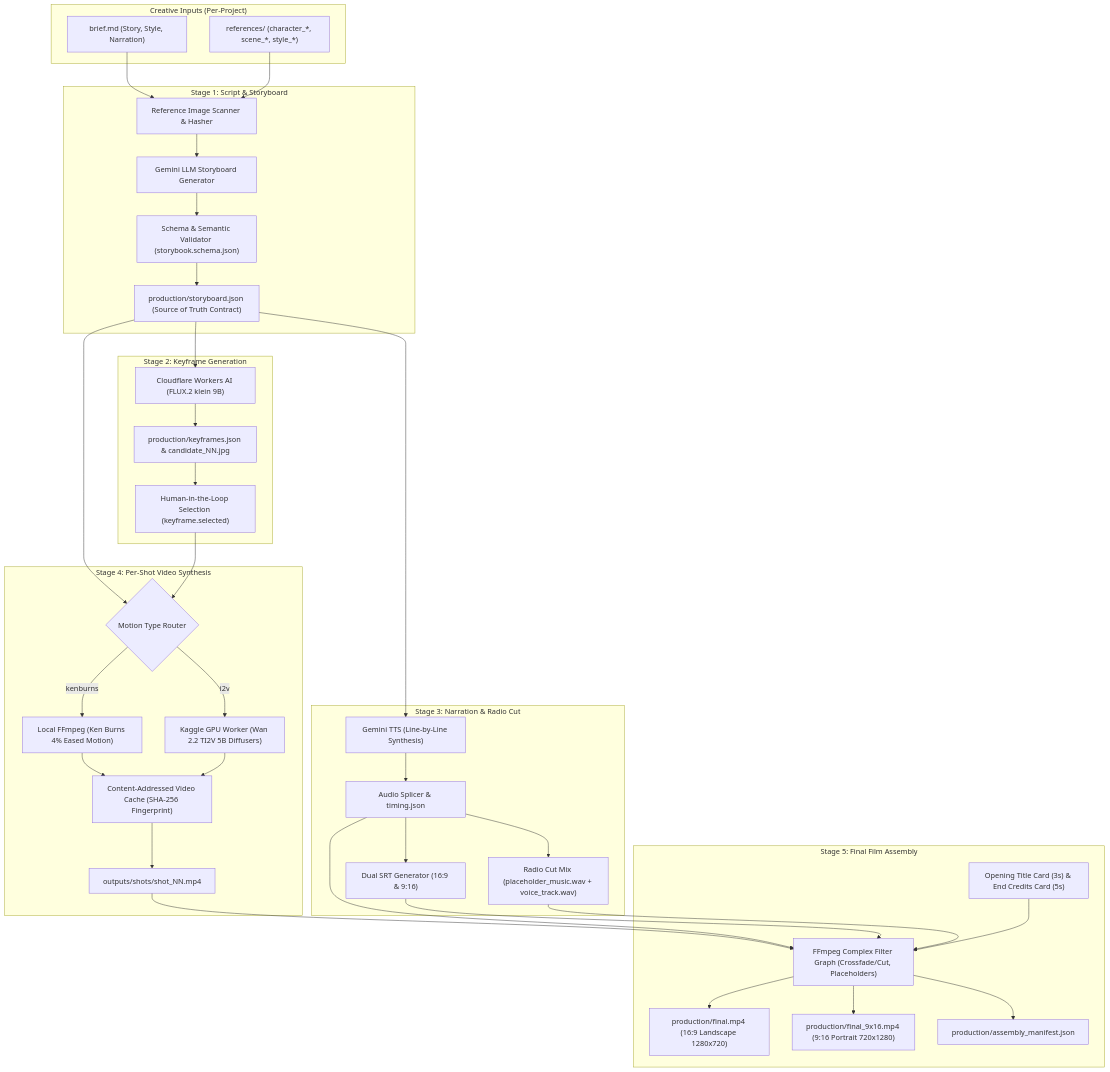
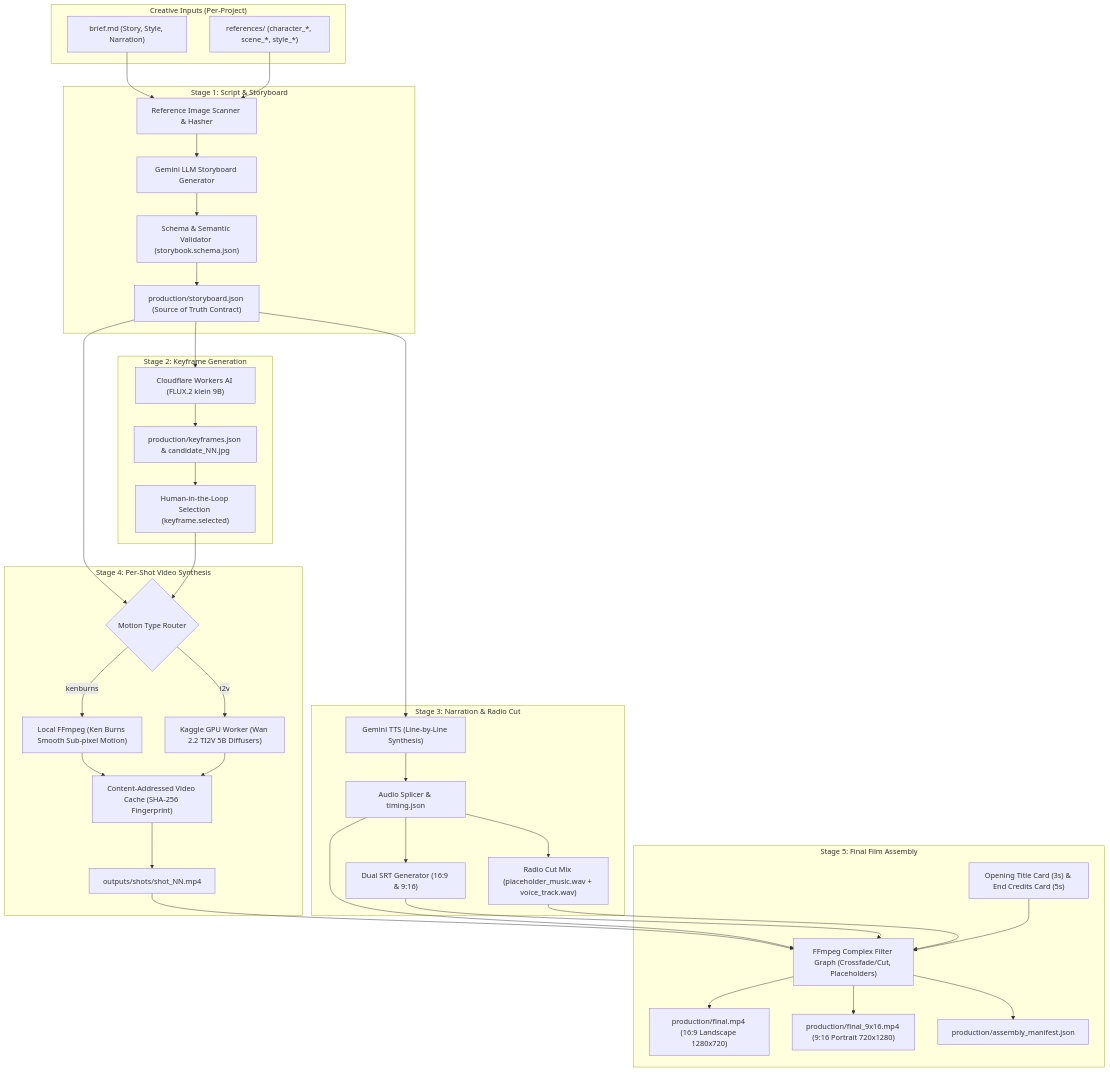
The diagram in ARCHITECTURE.md (dagim-mante/Vid-Forge), drawn with Mermaid before and after one commit. The commit also changed other lines of this file and 6 other files, not shown here.

Commit message:
ken burns smoothing

````diff
--- a/ARCHITECTURE.md
+++ b/ARCHITECTURE.md
@@ -11,52 +11,52 @@
 ```mermaid
 flowchart TD
     subgraph Inputs ["Creative Inputs (Per-Project)"]
         B["brief.md (Story, Style, Narration)"]
         R["references/ (character_*, scene_*, style_*)"]
     end
 
     subgraph ScriptStage ["Stage 1: Script & Storyboard"]
         VRef["Reference Image Scanner & Hasher"]
         GeminiStory["Gemini LLM Storyboard Generator"]
         SchemaVal["Schema & Semantic Validator (storybook.schema.json)"]
         SB["production/storyboard.json (Source of Truth Contract)"]
     end
 
     subgraph KeyframeStage ["Stage 2: Keyframe Generation"]
         CF["Cloudflare Workers AI (FLUX.2 klein 9B)"]
         KF["production/keyframes.json & candidate_NN.jpg"]
         HumanSel["Human-in-the-Loop Selection (keyframe.selected)"]
     end
 
     subgraph AudioStage ["Stage 3: Narration & Radio Cut"]
         TTS["Gemini TTS (Line-by-Line Synthesis)"]
         AudioTime["Audio Splicer & timing.json"]
         Subtitles["Dual SRT Generator (16:9 & 9:16)"]
         RadioCut["Radio Cut Mix (placeholder_music.wav + voice_track.wav)"]
     end
 
     subgraph VideoStage ["Stage 4: Per-Shot Video Synthesis"]
         Router{"Motion Type Router"}
-        KB["Local FFmpeg (Ken Burns 4% Eased Motion)"]
+        KB["Local FFmpeg (Ken Burns Smooth Sub-pixel Motion)"]
         Kaggle["Kaggle GPU Worker (Wan 2.2 TI2V 5B Diffusers)"]
         VCache["Content-Addressed Video Cache (SHA-256 Fingerprint)"]
         ShotClips["outputs/shots/shot_NN.mp4"]
     end
 
     subgraph AssemblyStage ["Stage 5: Final Film Assembly"]
         FFmpegGraph["FFmpeg Complex Filter Graph (Crossfade/Cut, Placeholders)"]
         Cards["Opening Title Card (3s) & End Credits Card (5s)"]
         Final16["production/final.mp4 (16:9 Landscape 1280x720)"]
         Final9["production/final_9x16.mp4 (9:16 Portrait 720x1280)"]
         Manifest["production/assembly_manifest.json"]
     end
 
     B & R --> VRef --> GeminiStory --> SchemaVal --> SB
     SB --> CF --> KF --> HumanSel
     SB --> TTS --> AudioTime --> Subtitles & RadioCut
     SB & HumanSel --> Router
     Router -->|kenburns| KB --> VCache
     Router -->|i2v| Kaggle --> VCache
     VCache --> ShotClips
     ShotClips & AudioTime & Subtitles & RadioCut & Cards --> FFmpegGraph --> Final16 & Final9 & Manifest
 ```
````
